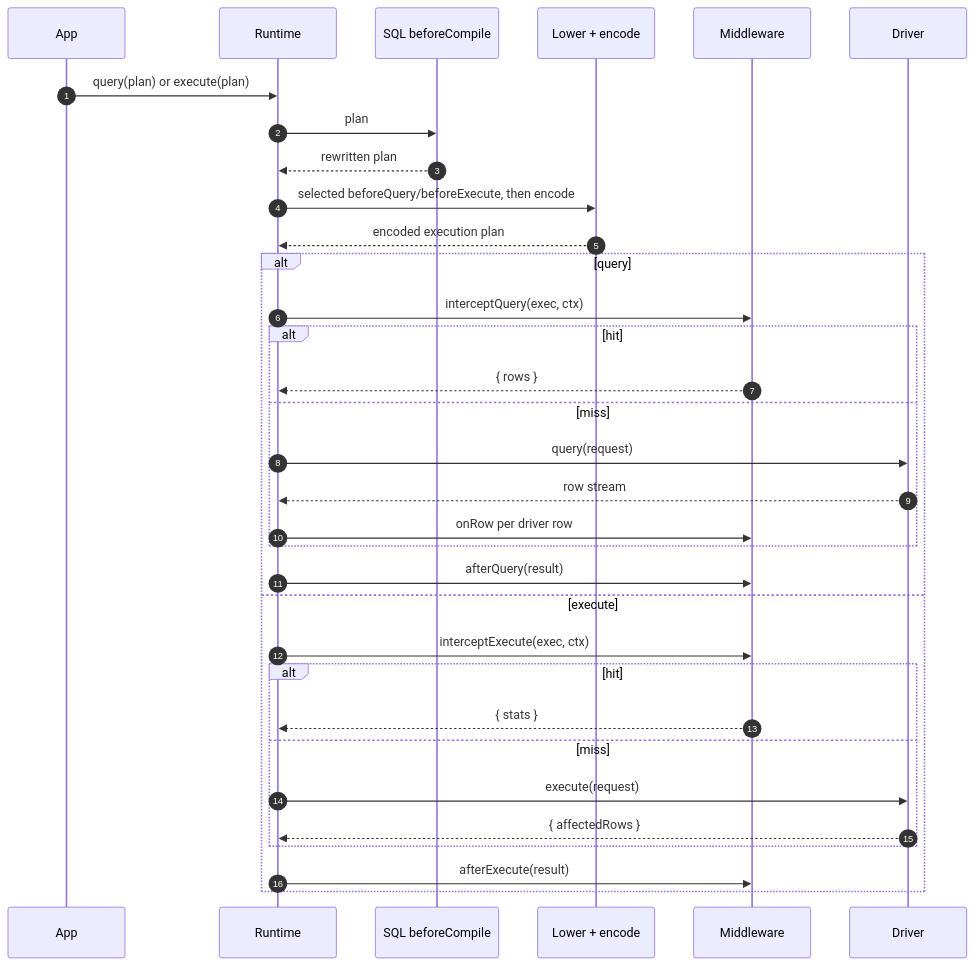
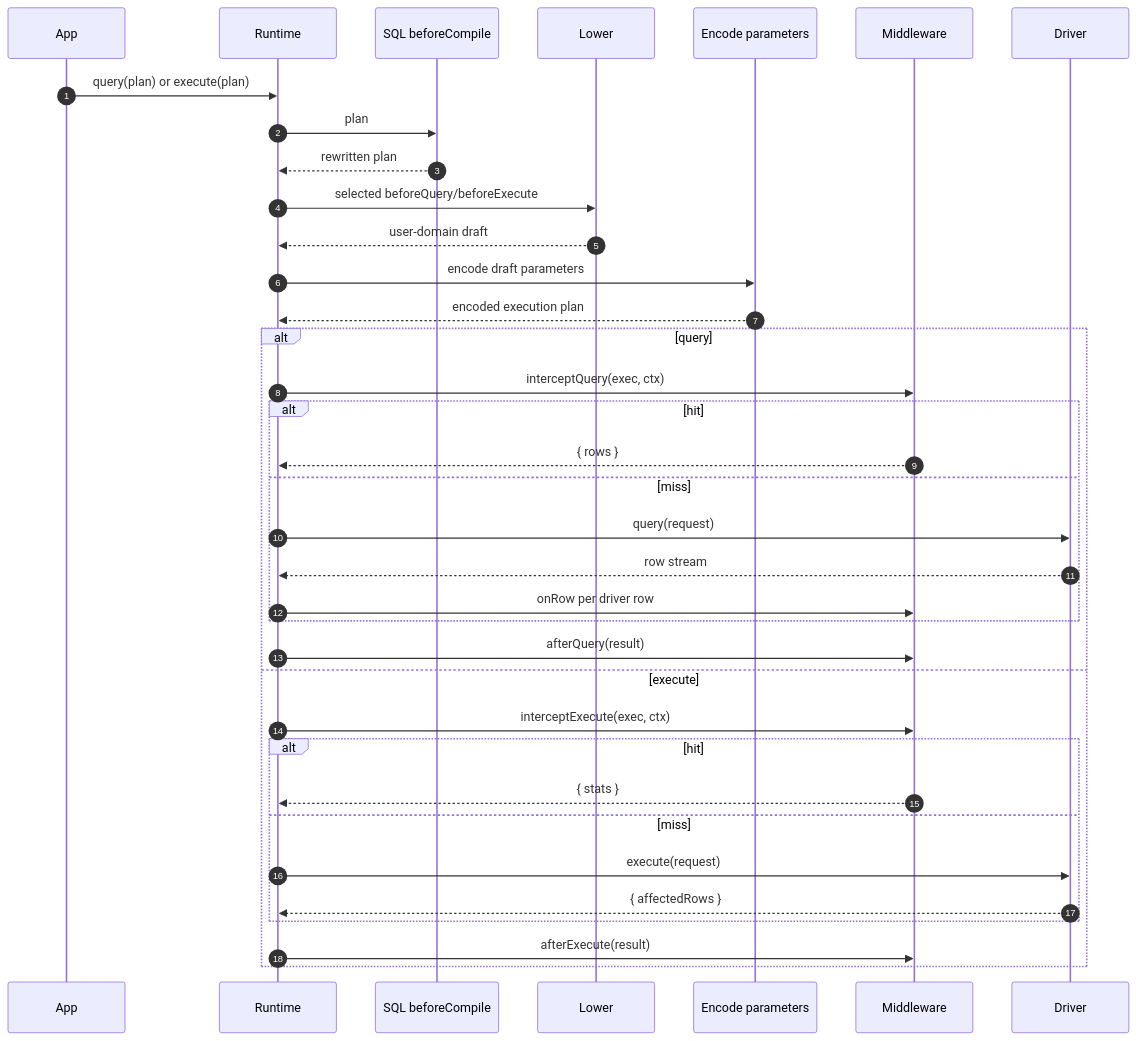
One commit to prisma/prisma changed the third of 3 diagrams in docs/architecture docs/subsystems/4. Runtime & Middleware Framework.md. Above: the diagram before and after it, drawn with Mermaid. The commit also changed other lines of this file and 3 other files, not shown here.

````diff
--- a/docs/architecture docs/subsystems/4. Runtime & Middleware Framework.md
+++ b/docs/architecture docs/subsystems/4. Runtime & Middleware Framework.md
@@ -357,36 +369,39 @@
 ```mermaid
 sequenceDiagram
   autonumber
   participant App as App
   participant Runtime as Runtime
   participant Compile as SQL beforeCompile
-  participant Lower as Lower + encode
+  participant Lower as Lower
+  participant Encode as Encode parameters
   participant MW as Middleware
   participant Driver as Driver
 
   App->>Runtime: query(plan) or execute(plan)
   Runtime->>Compile: plan
   Compile-->>Runtime: rewritten plan
-  Runtime->>Lower: selected beforeQuery/beforeExecute, then encode
-  Lower-->>Runtime: encoded execution plan
+  Runtime->>Lower: selected beforeQuery/beforeExecute
+  Lower-->>Runtime: user-domain draft
+  Runtime->>Encode: encode draft parameters
+  Encode-->>Runtime: encoded execution plan
   alt query
     Runtime->>MW: interceptQuery(exec, ctx)
     alt hit
       MW-->>Runtime: { rows }
     else miss
       Runtime->>Driver: query(request)
       Driver-->>Runtime: row stream
       Runtime->>MW: onRow per driver row
     end
     Runtime->>MW: afterQuery(result)
   else execute
     Runtime->>MW: interceptExecute(exec, ctx)
     alt hit
       MW-->>Runtime: { stats }
     else miss
       Runtime->>Driver: execute(request)
       Driver-->>Runtime: { affectedRows }
     end
     Runtime->>MW: afterExecute(result)
   end
 ```
````
